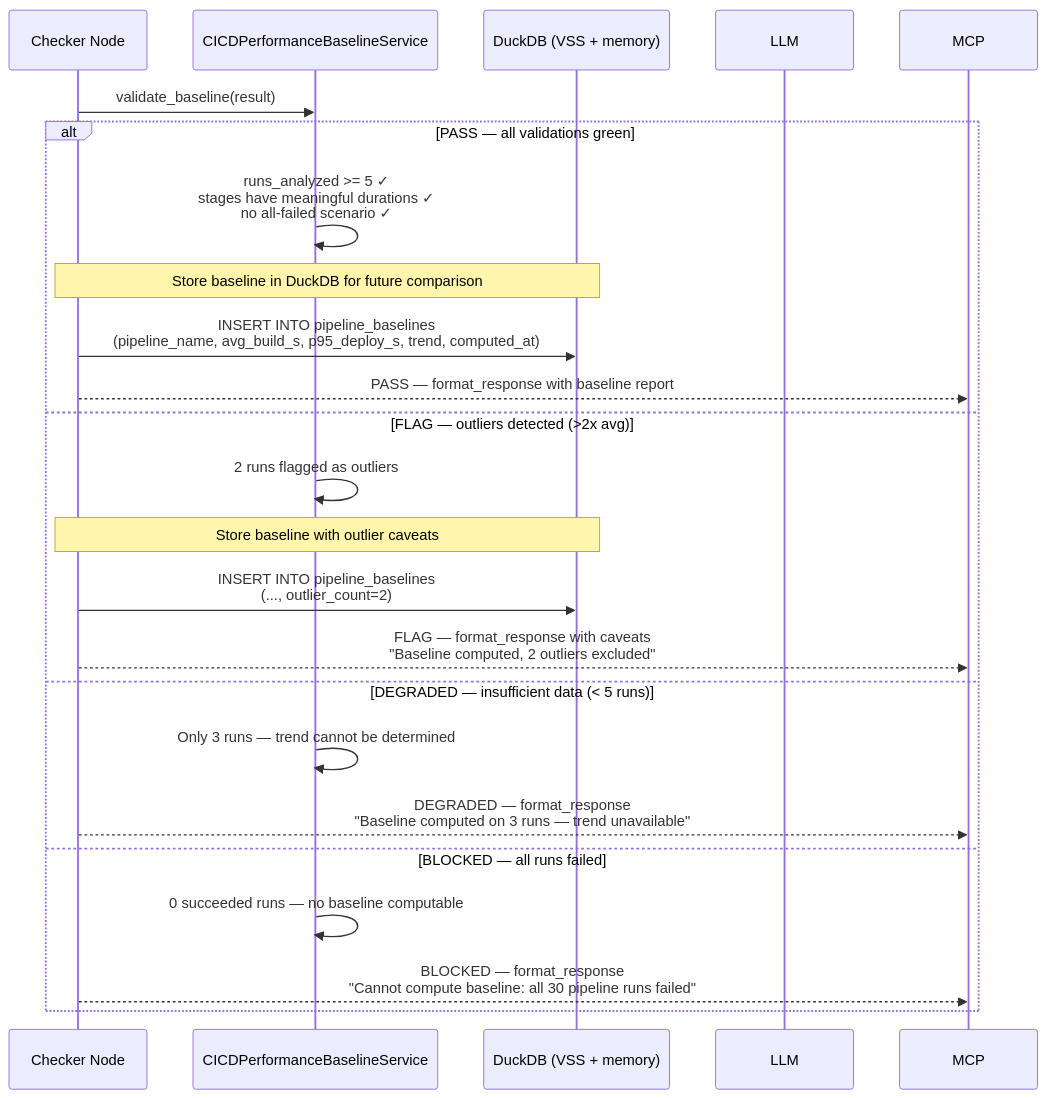
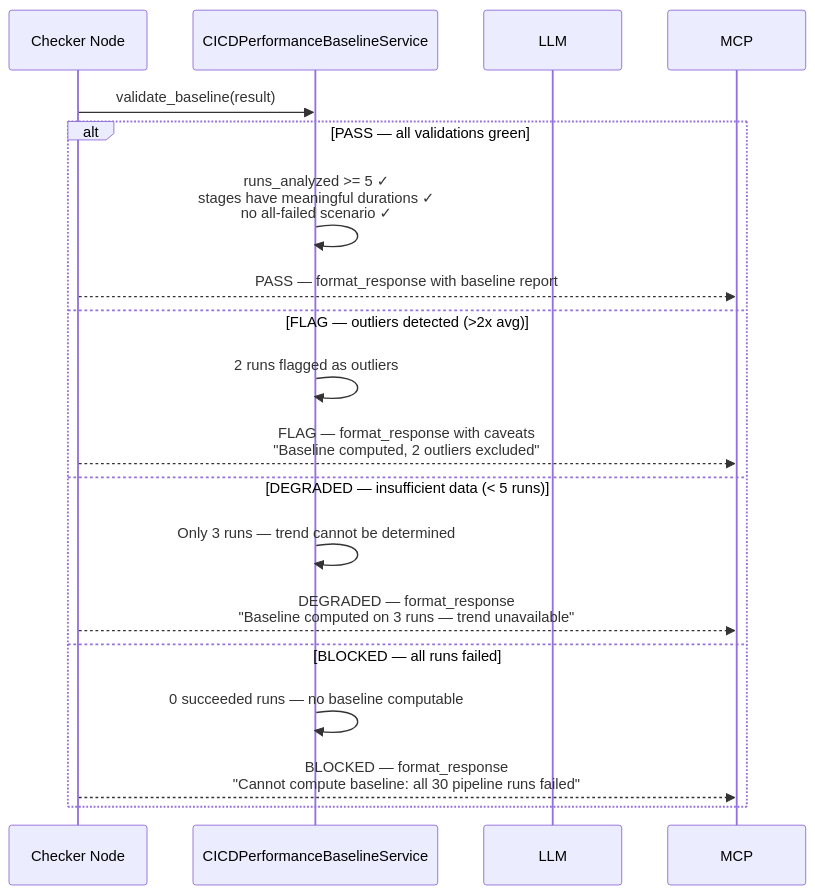
Before and after one commit to hexa-tools/hexawyn: the fourth of 4 diagrams in docs/use-cases/34-pipeline-performance-baseline.md, drawn with Mermaid. The commit also changed other lines of this file and 53 other files, not shown here.

Commit message:
chore: refactor diagram

````diff
--- a/docs/use-cases/34-pipeline-performance-baseline.md
+++ b/docs/use-cases/34-pipeline-performance-baseline.md
@@ -145,33 +145,26 @@
 ```mermaid
 sequenceDiagram
     participant Checker as Checker Node
     participant Domain as CICDPerformanceBaselineService
-    participant DuckDB as DuckDB (VSS + memory)
     participant LLM as LLM
 
     Checker->>Domain: validate_baseline(result)
 
     alt PASS — all validations green
         Domain->>Domain: runs_analyzed >= 5 ✓<br/>stages have meaningful durations ✓<br/>no all-failed scenario ✓
 
-        Note over Checker,DuckDB: Store baseline in DuckDB for future comparison
-        Checker->>DuckDB: INSERT INTO pipeline_baselines<br/>(pipeline_name, avg_build_s, p95_deploy_s, trend, computed_at)
-
         Checker-->>MCP: PASS — format_response with baseline report
     else FLAG — outliers detected (>2x avg)
         Domain->>Domain: 2 runs flagged as outliers
-
-        Note over Checker,DuckDB: Store baseline with outlier caveats
-        Checker->>DuckDB: INSERT INTO pipeline_baselines<br/>(..., outlier_count=2)
 
         Checker-->>MCP: FLAG — format_response with caveats<br/>"Baseline computed, 2 outliers excluded"
     else DEGRADED — insufficient data (< 5 runs)
         Domain->>Domain: Only 3 runs — trend cannot be determined
 
         Checker-->>MCP: DEGRADED — format_response<br/>"Baseline computed on 3 runs — trend unavailable"
     else BLOCKED — all runs failed
         Domain->>Domain: 0 succeeded runs — no baseline computable
 
         Checker-->>MCP: BLOCKED — format_response<br/>"Cannot compute baseline: all 30 pipeline runs failed"
     end
 ```
````
